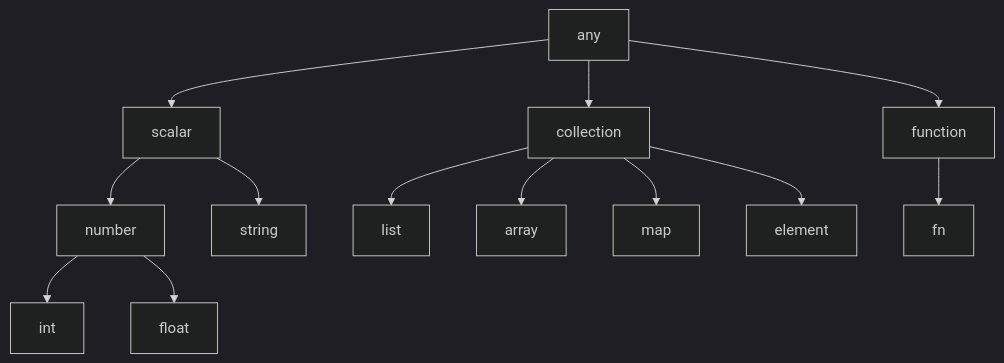
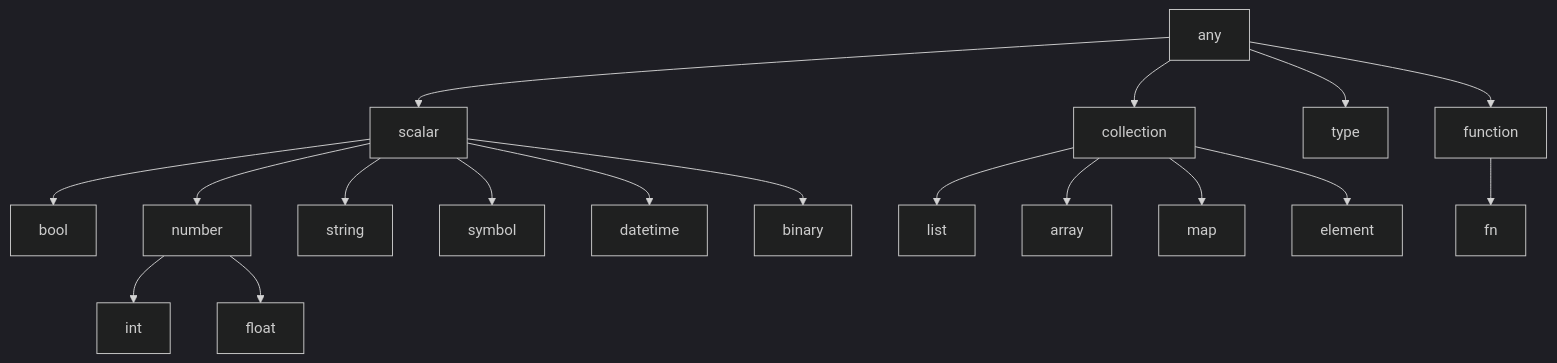
One commit to henry-luo/lambda changed the diagram in doc/Lambda_Type.md. Above: the diagram before and after it, drawn with Mermaid (dark theme). The commit also changed other lines of this file and 3 other files, not shown here.

````diff
--- a/doc/Lambda_Type.md
+++ b/doc/Lambda_Type.md
@@ -92,15 +92,20 @@
 ```mermaid
 flowchart TD
     any --> scalar
     any --> collection
+    any --> type
     any --> function
+    scalar --> bool
     scalar --> number
     scalar --> string
+    scalar --> symbol
+    scalar --> datetime
+    scalar --> binary
     number --> int
     number --> float
     collection --> list
     collection --> array
     collection --> map
     collection --> element
     function --> fn
 ```
````
